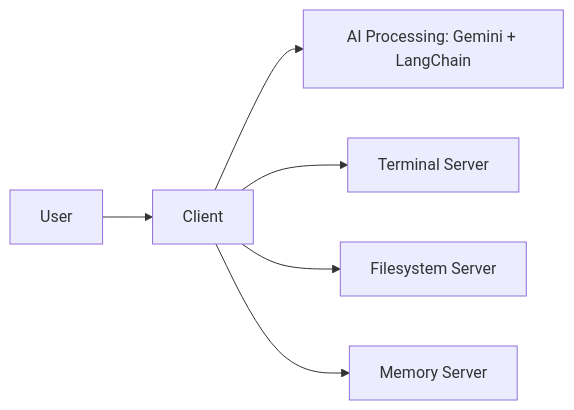
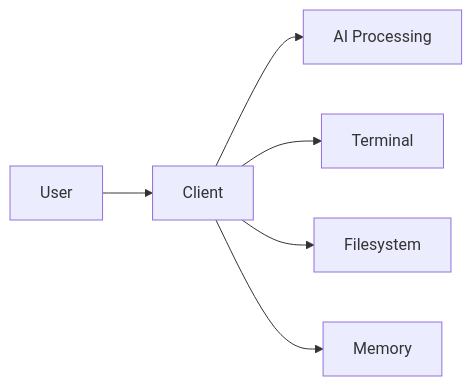
One commit to Techiral/mcp changed the second of 5 diagrams in README.md. Above: the diagram before and after it, drawn with Mermaid.

Commit message:
Update flowchart in README.md to reflect simplified AI processing and server components

````diff
--- a/README.md
+++ b/README.md
@@ -38,8 +38,8 @@
 ```mermaid
 flowchart LR
     User --> Client
-    Client --> AI[AI Processing: Gemini + LangChain]
-    Client --> Terminal[Terminal Server]
-    Client --> Filesystem[Filesystem Server]
-    Client --> Memory[Memory Server]
+    Client --> AI[AI Processing]
+    Client --> Terminal[Terminal]
+    Client --> Filesystem[Filesystem]
+    Client --> Memory[Memory]
 ```
````
